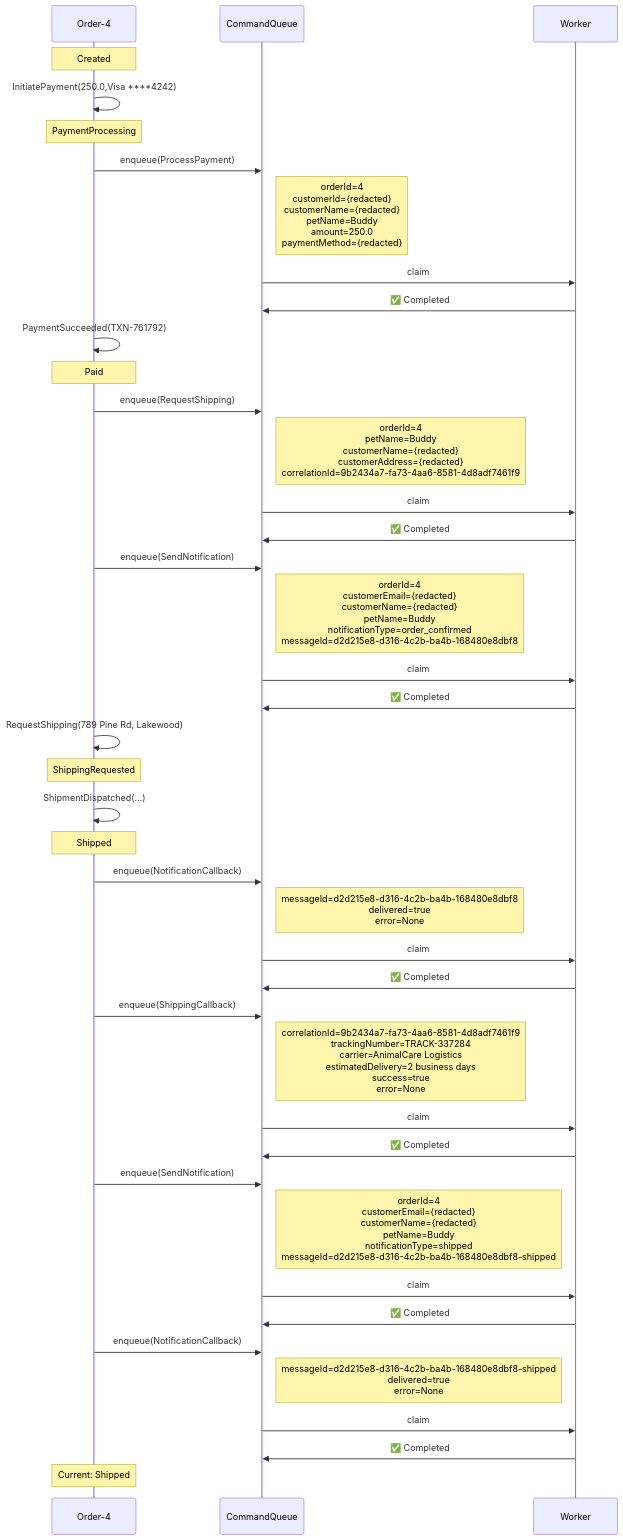
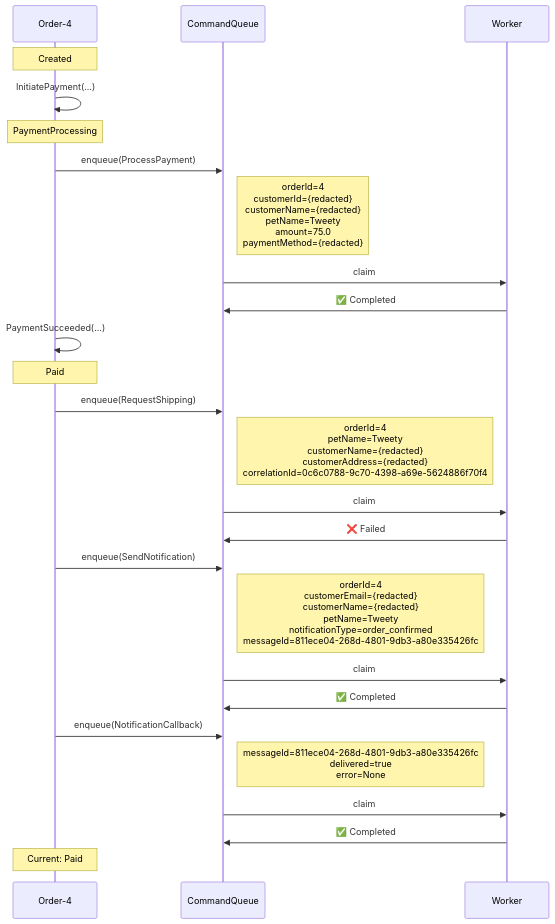
One commit to Iterable/mechanoid changed the first of 3 diagrams in docs/visualizations/order-4-trace.md. Above: the diagram before and after it, drawn with Mermaid. The commit also changed other lines of this file and 52 other files, not shown here.

````diff
--- a/docs/visualizations/order-4-trace.md
+++ b/docs/visualizations/order-4-trace.md
@@ -11,46 +12,30 @@
 ```mermaid
 %%{init: {'themeCSS': '.noteText { text-align: left !important; }'}}%%
 sequenceDiagram
     participant FSM as Order-4
     participant CQ as CommandQueue
     participant W as Worker
 
     Note over FSM: Created
-    FSM->>FSM: InitiatePayment(250.0,Visa ****4242)
+    FSM->>FSM: InitiatePayment(...)
     Note over FSM: PaymentProcessing
     FSM->>CQ: enqueue(ProcessPayment)
-    Note right of CQ: orderId=4<br/>customerId={redacted}<br/>customerName={redacted}<br/>petName=Buddy<br/>amount=250.0<br/>paymentMethod={redacted}
+    Note right of CQ: orderId=4<br/>customerId={redacted}<br/>customerName={redacted}<br/>petName=Tweety<br/>amount=75.0<br/>paymentMethod={redacted}
     CQ->>W: claim
     W->>CQ: ✅ Completed
-    FSM->>FSM: PaymentSucceeded(TXN-761792)
+    FSM->>FSM: PaymentSucceeded(...)
     Note over FSM: Paid
     FSM->>CQ: enqueue(RequestShipping)
-    Note right of CQ: orderId=4<br/>petName=Buddy<br/>customerName={redacted}<br/>customerAddress={redacted}<br/>correlationId=9b2434a7-fa73-4aa6-8581-4d8adf7461f9
+    Note right of CQ: orderId=4<br/>petName=Tweety<br/>customerName={redacted}<br/>customerAddress={redacted}<br/>correlationId=0c6c0788-9c70-4398-a69e-5624886f70f4
     CQ->>W: claim
-    W->>CQ: ✅ Completed
+    W->>CQ: ❌ Failed
     FSM->>CQ: enqueue(SendNotification)
-    Note right of CQ: orderId=4<br/>customerEmail={redacted}<br/>customerName={redacted}<br/>petName=Buddy<br/>notificationType=order_confirmed<br/>messageId=d2d215e8-d316-4c2b-ba4b-168480e8dbf8
-    CQ->>W: claim
-    W->>CQ: ✅ Completed
-    FSM->>FSM: RequestShipping(789 Pine Rd, Lakewood)
-    Note over FSM: ShippingRequested
-    FSM->>FSM: ShipmentDispatched(...)
-    Note over FSM: Shipped
-    FSM->>CQ: enqueue(NotificationCallback)
-    Note right of CQ: messageId=d2d215e8-d316-4c2b-ba4b-168480e8dbf8<br/>delivered=true<br/>error=None
-    CQ->>W: claim
-    W->>CQ: ✅ Completed
-    FSM->>CQ: enqueue(ShippingCallback)
-    Note right of CQ: correlationId=9b2434a7-fa73-4aa6-8581-4d8adf7461f9<br/>trackingNumber=TRACK-337284<br/>carrier=AnimalCare Logistics<br/>estimatedDelivery=2 business days<br/>success=true<br/>error=None
-    CQ->>W: claim
-    W->>CQ: ✅ Completed
-    FSM->>CQ: enqueue(SendNotification)
-    Note right of CQ: orderId=4<br/>customerEmail={redacted}<br/>customerName={redacted}<br/>petName=Buddy<br/>notificationType=shipped<br/>messageId=d2d215e8-d316-4c2b-ba4b-168480e8dbf8-shipped
+    Note right of CQ: orderId=4<br/>customerEmail={redacted}<br/>customerName={redacted}<br/>petName=Tweety<br/>notificationType=order_confirmed<br/>messageId=811ece04-268d-4801-9db3-a80e335426fc
     CQ->>W: claim
     W->>CQ: ✅ Completed
     FSM->>CQ: enqueue(NotificationCallback)
-    Note right of CQ: messageId=d2d215e8-d316-4c2b-ba4b-168480e8dbf8-shipped<br/>delivered=true<br/>error=None
+    Note right of CQ: messageId=811ece04-268d-4801-9db3-a80e335426fc<br/>delivered=true<br/>error=None
     CQ->>W: claim
     W->>CQ: ✅ Completed
-    Note over FSM: Current: Shipped
+    Note over FSM: Current: Paid
 ```
````
